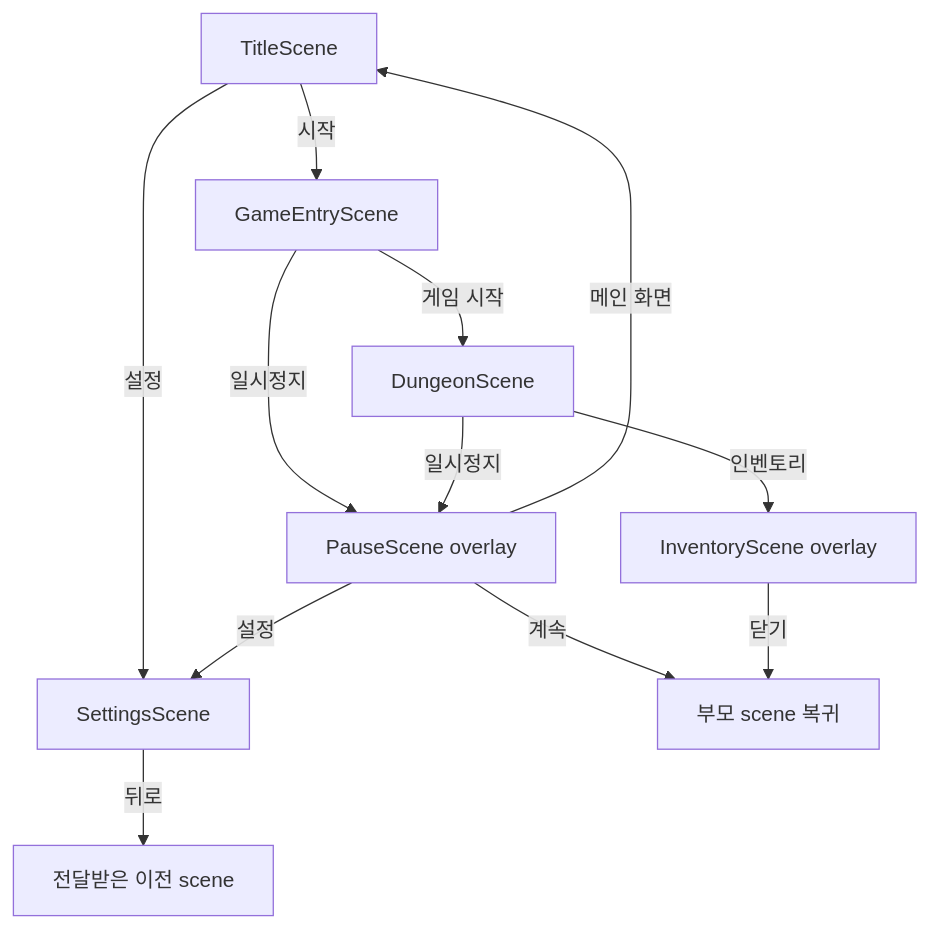
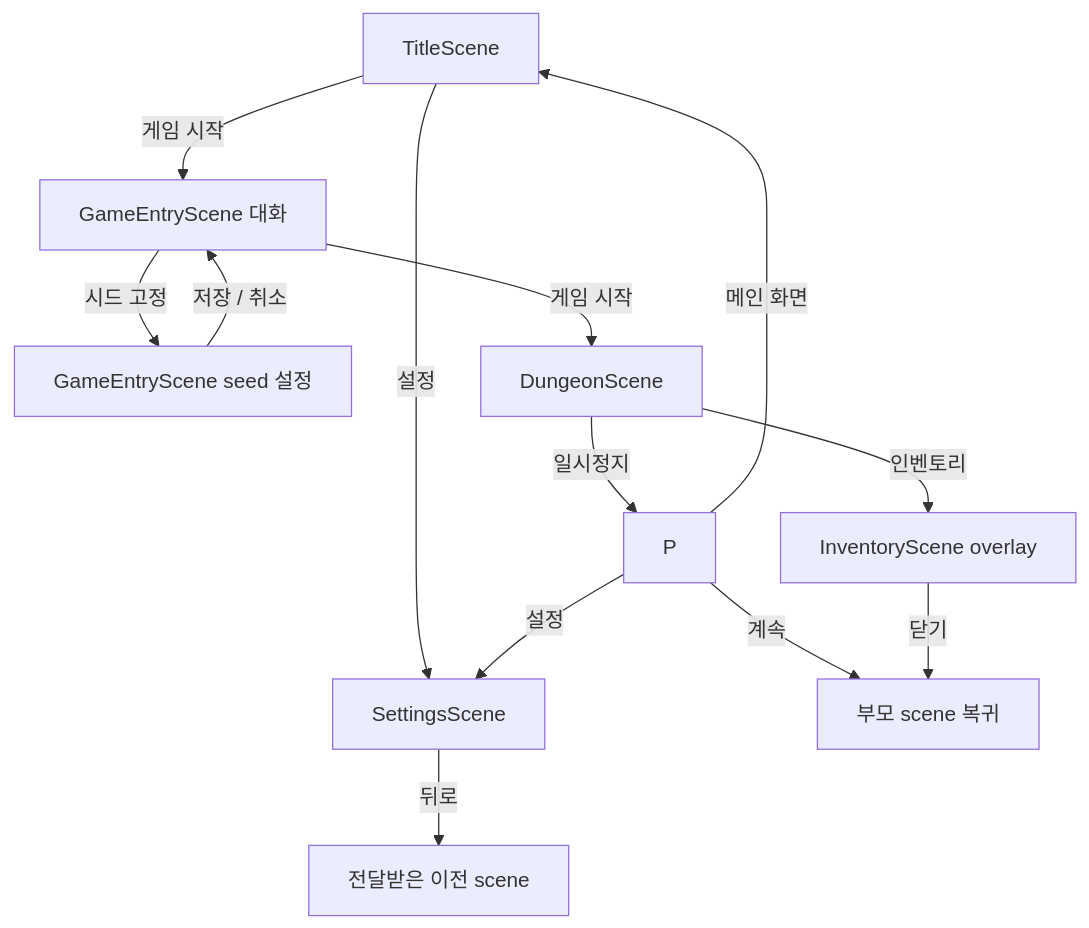
The third of 4 diagrams in docs/ui_flow.md (Ocean-2930/witchcraft), drawn with Mermaid before and after one commit. The commit also changed other lines of this file and 14 other files, not shown here.

````diff
--- a/docs/ui_flow.md
+++ b/docs/ui_flow.md
@@ -62,14 +66,15 @@
 ```mermaid
 flowchart TD
-    T["TitleScene"] -->|"시작"| G["GameEntryScene"]
+    T["TitleScene"] -->|"게임 시작"| G["GameEntryScene 대화"]
+    G -->|"시드 고정"| GS["GameEntryScene seed 설정"]
+    GS -->|"저장 / 취소"| G
+    G -->|"게임 시작"| D["DungeonScene"]
     T -->|"설정"| S["SettingsScene"]
-    G -->|"게임 시작"| D["DungeonScene"]
-    G -->|"일시정지"| P["PauseScene overlay"]
     D -->|"일시정지"| P
     D -->|"인벤토리"| I["InventoryScene overlay"]
     P -->|"계속"| BACK["부모 scene 복귀"]
     I -->|"닫기"| BACK
-    P -->|"설정"| S
+    P -->|"설정"| S["SettingsScene"]
     P -->|"메인 화면"| T
     S -->|"뒤로"| PREV["전달받은 이전 scene"]
 ```
````
